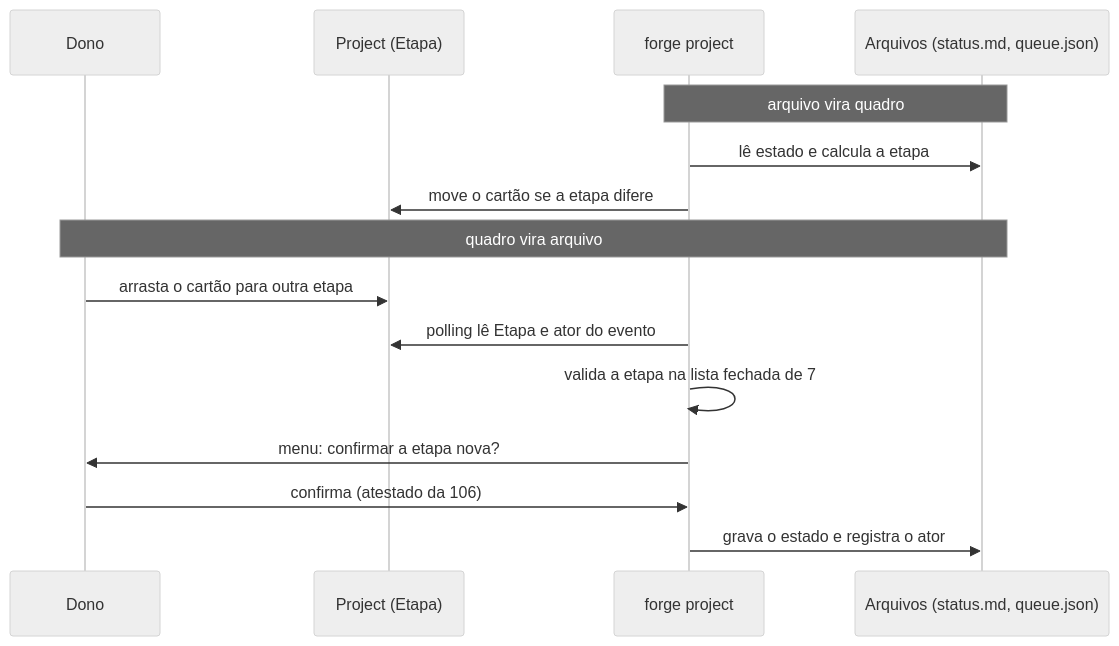
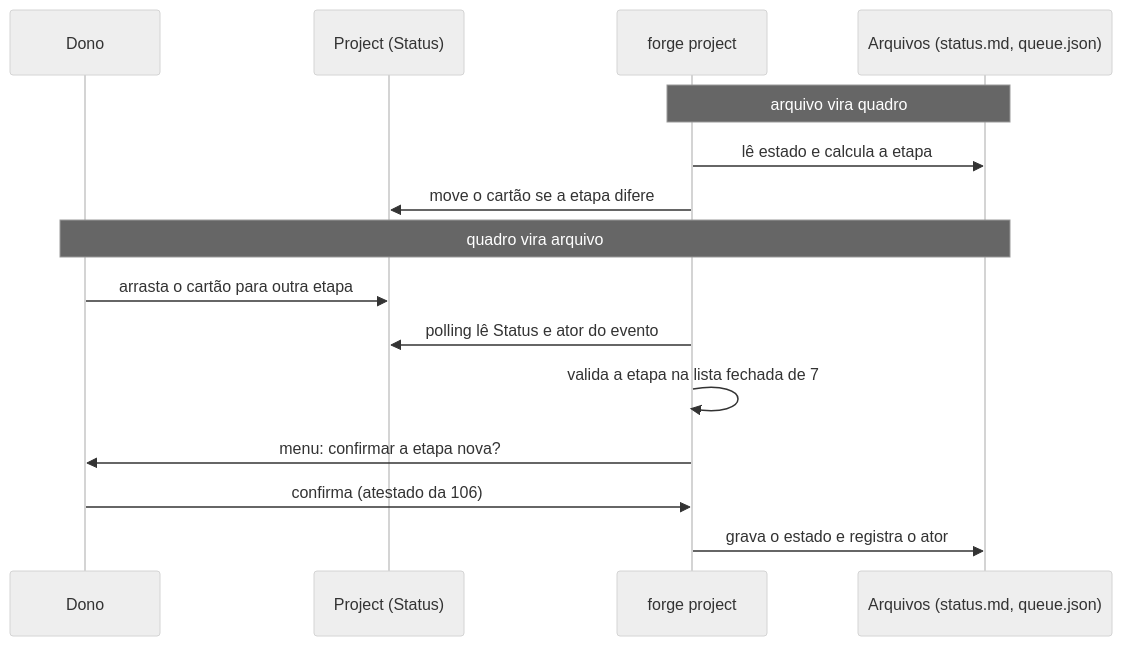
Before and after one commit to nathanramorim/forge-sdd: the diagram in sdd/discovery/108-project-github-espelho-do-ciclo/diagramas/sequencia.mmd, drawn with Mermaid (neutral theme). The commit also changed 10 other files, not shown here.

First line of the commit message:
docs(108): o campo da etapa é o Status do Project (corrige premissa do Etapa)

```diff
--- a/sdd/discovery/108-project-github-espelho-do-ciclo/diagramas/sequencia.mmd
+++ b/sdd/discovery/108-project-github-espelho-do-ciclo/diagramas/sequencia.mmd
@@ -1,15 +1,15 @@
 sequenceDiagram
   participant H as Dono
-  participant P as Project (Etapa)
+  participant P as Project (Status)
   participant F as forge project
   participant A as Arquivos (status.md, queue.json)
   Note over F,A: arquivo vira quadro
   F->>A: lê estado e calcula a etapa
   F->>P: move o cartão se a etapa difere
   Note over H,A: quadro vira arquivo
   H->>P: arrasta o cartão para outra etapa
-  F->>P: polling lê Etapa e ator do evento
+  F->>P: polling lê Status e ator do evento
   F->>F: valida a etapa na lista fechada de 7
   F->>H: menu: confirmar a etapa nova?
   H->>F: confirma (atestado da 106)
   F->>A: grava o estado e registra o ator
```
